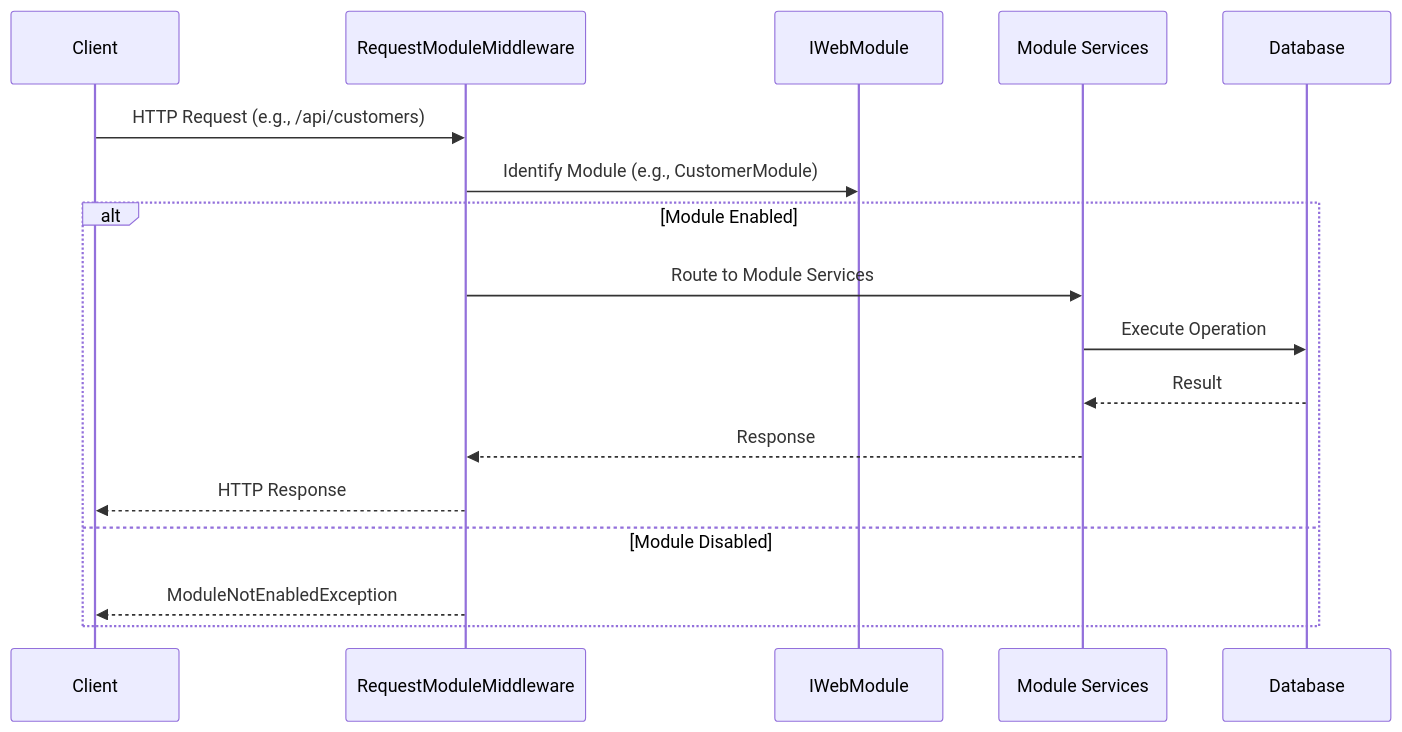
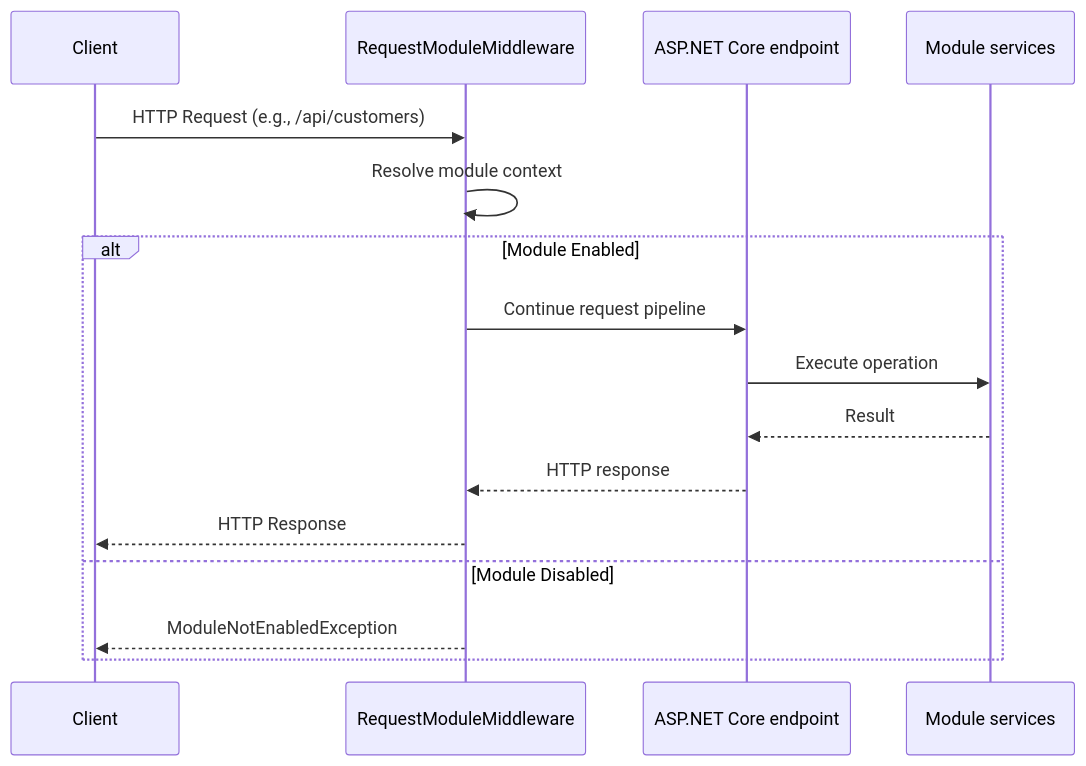
Before and after one commit to BridgingIT-GmbH/bITdevKit: the diagram in docs/features-modules.md, drawn with Mermaid. The commit also changed other lines of this file and 62 other files, not shown here.

````diff
--- a/docs/features-modules.md
+++ b/docs/features-modules.md
@@ -38,20 +44,19 @@
 ```mermaid
 sequenceDiagram
     participant Client
     participant Middleware as RequestModuleMiddleware
-    participant Module as IWebModule
-    participant Services as Module Services
-    participant Database
+    participant Endpoint as ASP.NET Core endpoint
+    participant Services as Module services
 
     Client->>Middleware: HTTP Request (e.g., /api/customers)
-    Middleware->>Module: Identify Module (e.g., CustomerModule)
+    Middleware->>Middleware: Resolve module context
     alt Module Enabled
-        Middleware->>Services: Route to Module Services
-        Services->>Database: Execute Operation
-        Database-->>Services: Result
-        Services-->>Middleware: Response
+        Middleware->>Endpoint: Continue request pipeline
+        Endpoint->>Services: Execute operation
+        Services-->>Endpoint: Result
+        Endpoint-->>Middleware: HTTP response
         Middleware-->>Client: HTTP Response
     else Module Disabled
         Middleware-->>Client: ModuleNotEnabledException
     end
 ```
````
